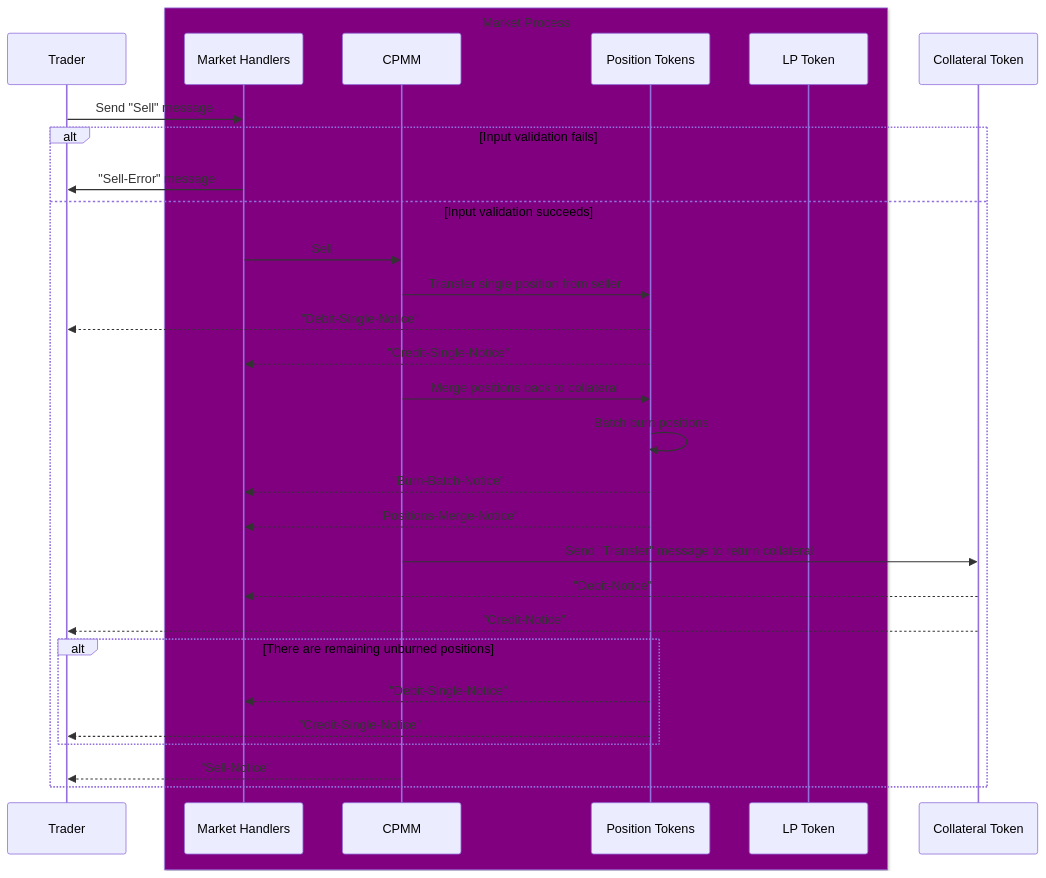
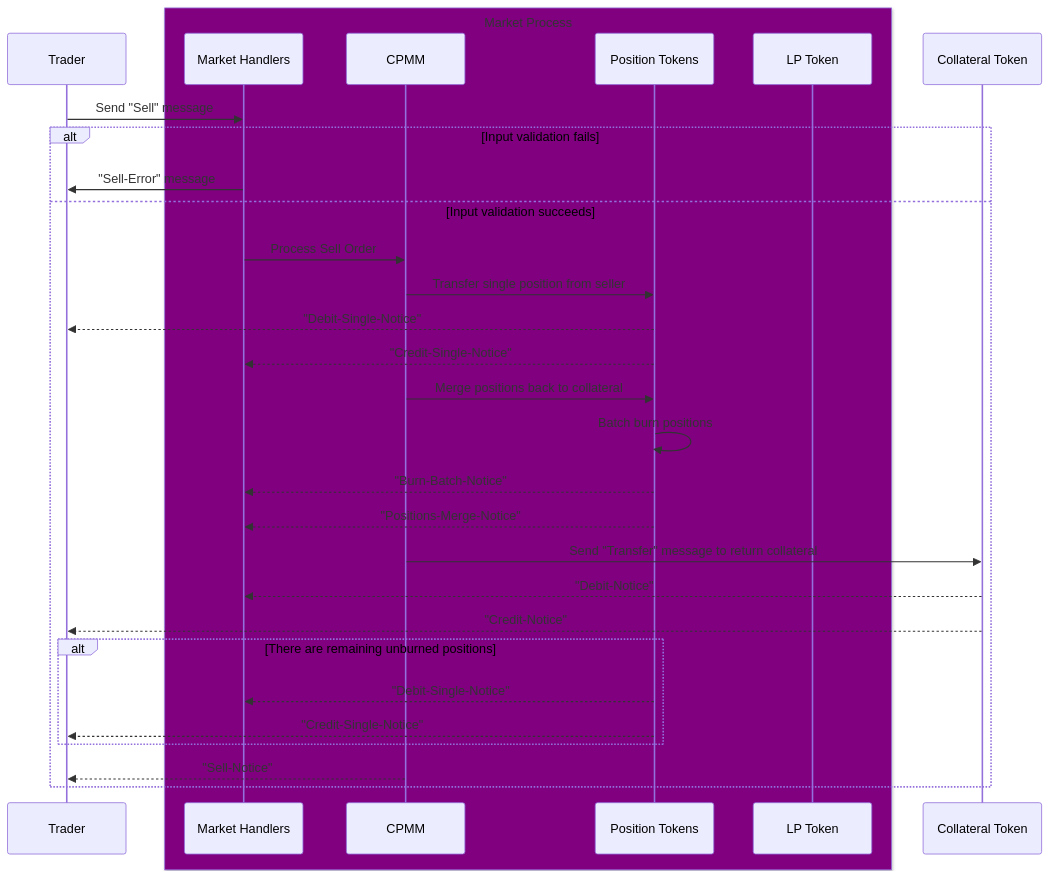
Before and after one commit to outcome-gg/outcome-protocol: the diagram in docs/03-market-trading/sellPosition.md, drawn with Mermaid. The commit also changed 24 other files, not shown here.

Commit message:
Updated diagrams and refactoring

````diff
--- a/docs/03-market-trading/sellPosition.md
+++ b/docs/03-market-trading/sellPosition.md
@@ -1,34 +1,45 @@
 ```mermaid
 sequenceDiagram
 participant Trader
 box Purple Market Process
-participant Market Handlers
-participant CPMM
-participant Position Tokens
-participant LP Token
+  participant Market Handlers
+  participant CPMM
+  participant Position Tokens
+  participant LP Token
 end
 participant Collateral Token
 
+%% 🟢 Sell Request
+Trader ->> Market Handlers: Send "Sell" message
 
-Trader ->> Market Handlers: Send "Sell" message
 alt Input validation fails
+  %% ❌ Error Notice
   Market Handlers ->> Trader: "Sell-Error" message
 else Input validation succeeds
-  Market Handlers ->> CPMM: Sell
+  Market Handlers ->> CPMM: Process Sell Order
+
+  %% 🎟️ Transfer Position from Seller
   CPMM ->> Position Tokens: Transfer single position from seller
   Position Tokens -->> Trader: "Debit-Single-Notice"
   Position Tokens -->> Market Handlers: "Credit-Single-Notice"
+
+  %% 🔥 Merge & Burn Positions
   CPMM ->> Position Tokens: Merge positions back to collateral
   Position Tokens ->> Position Tokens: Batch burn positions
   Position Tokens -->> Market Handlers: "Burn-Batch-Notice"
   Position Tokens -->> Market Handlers: "Positions-Merge-Notice"
+
+  %% 💵 Transfer Collateral to Seller
   CPMM ->> Collateral Token: Send "Transfer" message to return collateral
   Collateral Token -->> Market Handlers: "Debit-Notice"
   Collateral Token -->> Trader: "Credit-Notice"
+
   alt There are remaining unburned positions
     Position Tokens -->> Market Handlers: "Debit-Single-Notice"
     Position Tokens -->> Trader: "Credit-Single-Notice"
   end
+
+  %% ✅ Completion Notice
   CPMM -->> Trader: "Sell-Notice"
 end
 ```
````
